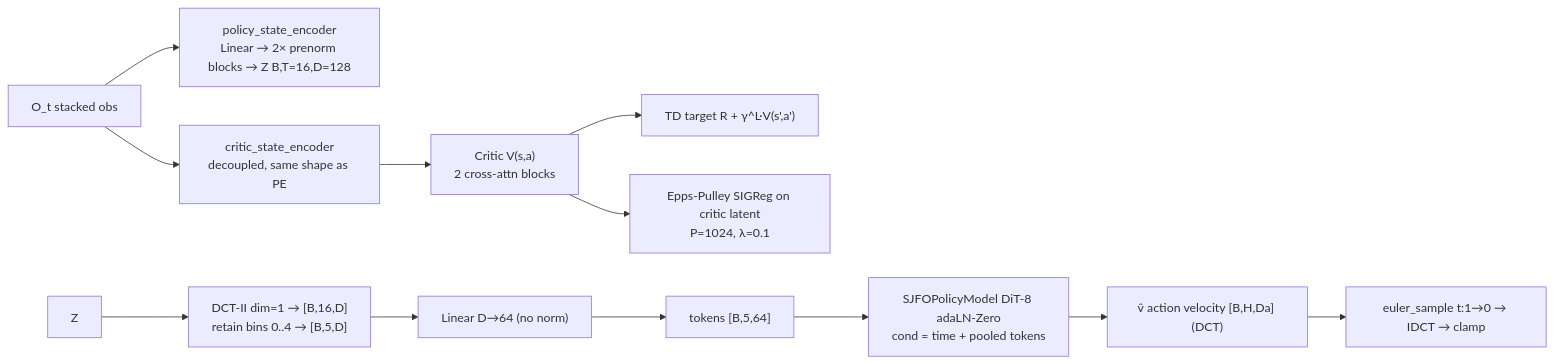
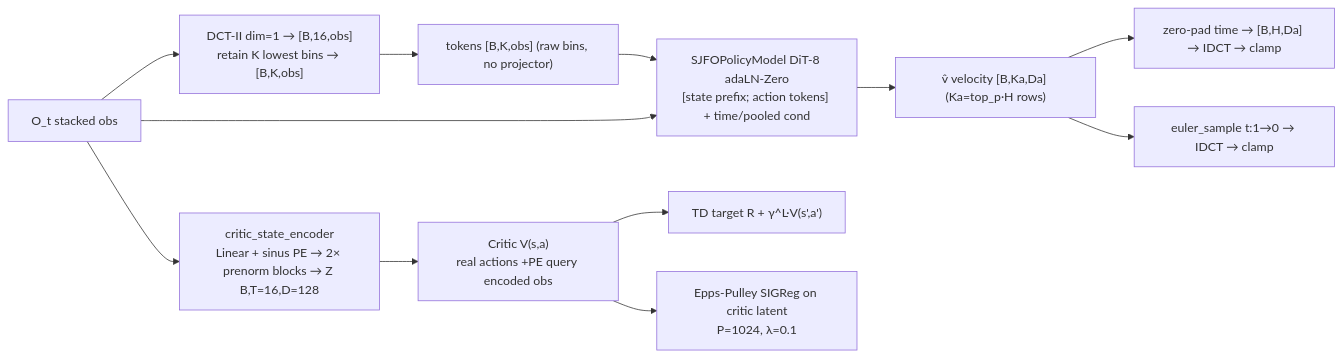
The diagram in docs/architecture.md (dzungphieuluuky/flow-policy-optimization), drawn with Mermaid before and after one commit. The commit also changed other lines of this file, not shown here.

Commit message:
Document truncated denoise and real-space critic in architecture

````diff
--- a/docs/architecture.md
+++ b/docs/architecture.md
@@ -14,13 +14,14 @@
 ```mermaid
 flowchart LR
-  O[O_t stacked obs] --> PE[policy_state_encoder\nLinear → 2× prenorm blocks → Z B,T=16,D=128]
-  Z --> DCT["DCT-II dim=1 → [B,16,D]\nretain bins 0..4 → [B,5,D]"]
-  DCT --> Proj["Linear D→64 (no norm)"] --> TOK["tokens [B,5,64]"]
-  TOK --> DIT["SJFOPolicyModel DiT-8 adaLN-Zero\ncond = time + pooled tokens"]
-  DIT --> V["v̂ action velocity [B,H,Da] (DCT)"]
+  O[O_t stacked obs] --> DCT["DCT-II dim=1 → [B,16,obs]\nretain K lowest bins → [B,K,obs]"]
+  DCT --> TOK["tokens [B,K,obs] (raw bins, no projector)"]
+  TOK --> DIT["SJFOPolicyModel DiT-8 adaLN-Zero\n[state prefix; action tokens] + time/pooled cond"]
+  O --> DIT
+  DIT --> V["v̂ velocity [B,Ka,Da] (Ka=top_p·H rows)"]
+  V --> PAD["zero-pad time → [B,H,Da] → IDCT → clamp"]
   V --> EUL["euler_sample t:1→0 → IDCT → clamp"]
-  O --> CE[critic_state_encoder\ndecoupled, same shape as PE]
-  CE --> CR["Critic V(s,a)\n2 cross-attn blocks"]
+  O --> CE[critic_state_encoder\nLinear + sinus PE → 2× prenorm blocks → Z B,T=16,D=128]
+  CE --> CR["Critic V(s,a)\nreal actions +PE query encoded obs"]
   CR --> TD["TD target R + γ^L·V(s',a')"]
   CR --> SIG["Epps-Pulley SIGReg on critic latent\nP=1024, λ=0.1"]
 ```
````
